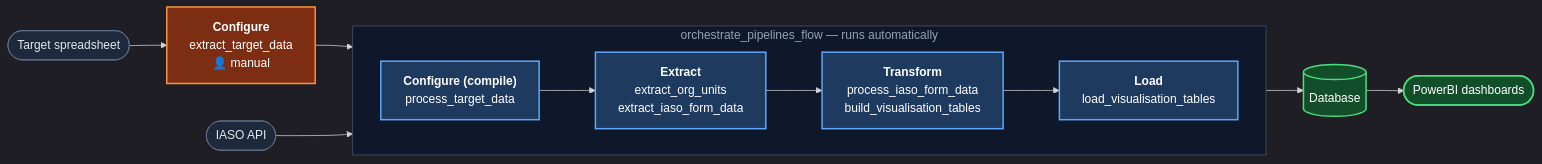
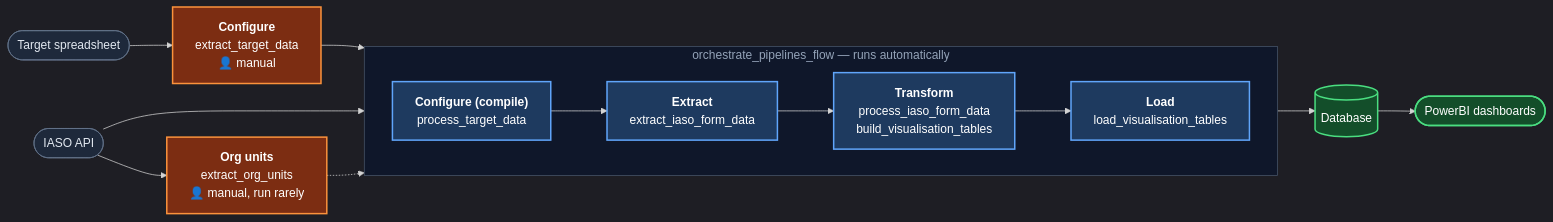
The diagram in README.md (BLSQ/openhexa-pipelines-risp-niger-multicampaign), drawn with Mermaid before and after one commit. The commit also changed other lines of this file and 4 other files, not shown here.

````diff
--- a/README.md
+++ b/README.md
@@ -27,35 +27,38 @@
 ```mermaid
 %%{init: {'theme': 'dark'}}%%
 flowchart LR
     IASO(["IASO API"])
     TARGETS(["Target spreadsheet"])
 
     CONFIGURE["<b>Configure</b><br/>extract_target_data<br/>👤 manual"]
+    ORGUNITS["<b>Org units</b><br/>extract_org_units<br/>👤 manual, run rarely"]
 
     subgraph AUTO[" orchestrate_pipelines_flow — runs automatically "]
         direction LR
         COMPILE["<b>Configure (compile)</b><br/>process_target_data"]
-        EXTRACT["<b>Extract</b><br/>extract_org_units<br/>extract_iaso_form_data"]
+        EXTRACT["<b>Extract</b><br/>extract_iaso_form_data"]
         TRANSFORM["<b>Transform</b><br/>process_iaso_form_data<br/>build_visualisation_tables"]
         LOAD["<b>Load</b><br/>load_visualisation_tables"]
         COMPILE --> EXTRACT --> TRANSFORM --> LOAD
     end
 
     DB[("Database")]
     DASH(["PowerBI dashboards"])
 
     TARGETS --> CONFIGURE --> COMPILE
     IASO --> EXTRACT
+    IASO --> ORGUNITS
+    ORGUNITS -.-> TRANSFORM
     LOAD --> DB --> DASH
 
     classDef manual fill:#7c2d12,stroke:#fb923c,color:#fff,stroke-width:2px
     classDef auto fill:#1e3a5f,stroke:#60a5fa,color:#fff,stroke-width:2px
     classDef io fill:#1e293b,stroke:#64748b,color:#e2e8f0,stroke-width:1px
     classDef out fill:#134e2a,stroke:#4ade80,color:#fff,stroke-width:2px
 
-    class CONFIGURE manual
+    class CONFIGURE,ORGUNITS manual
     class COMPILE,EXTRACT,TRANSFORM,LOAD auto
     class IASO,TARGETS io
     class DB,DASH out
     style AUTO fill:#0f172a,stroke:#475569,color:#94a3b8
 ```
````
